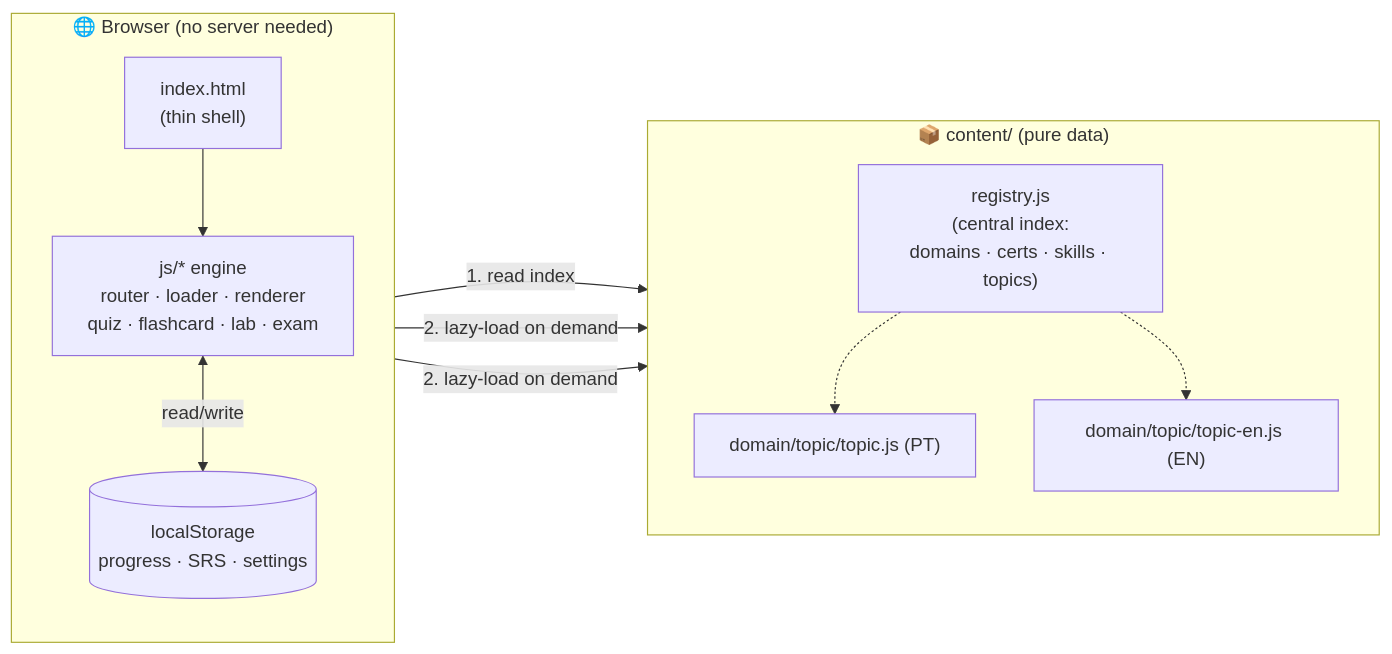
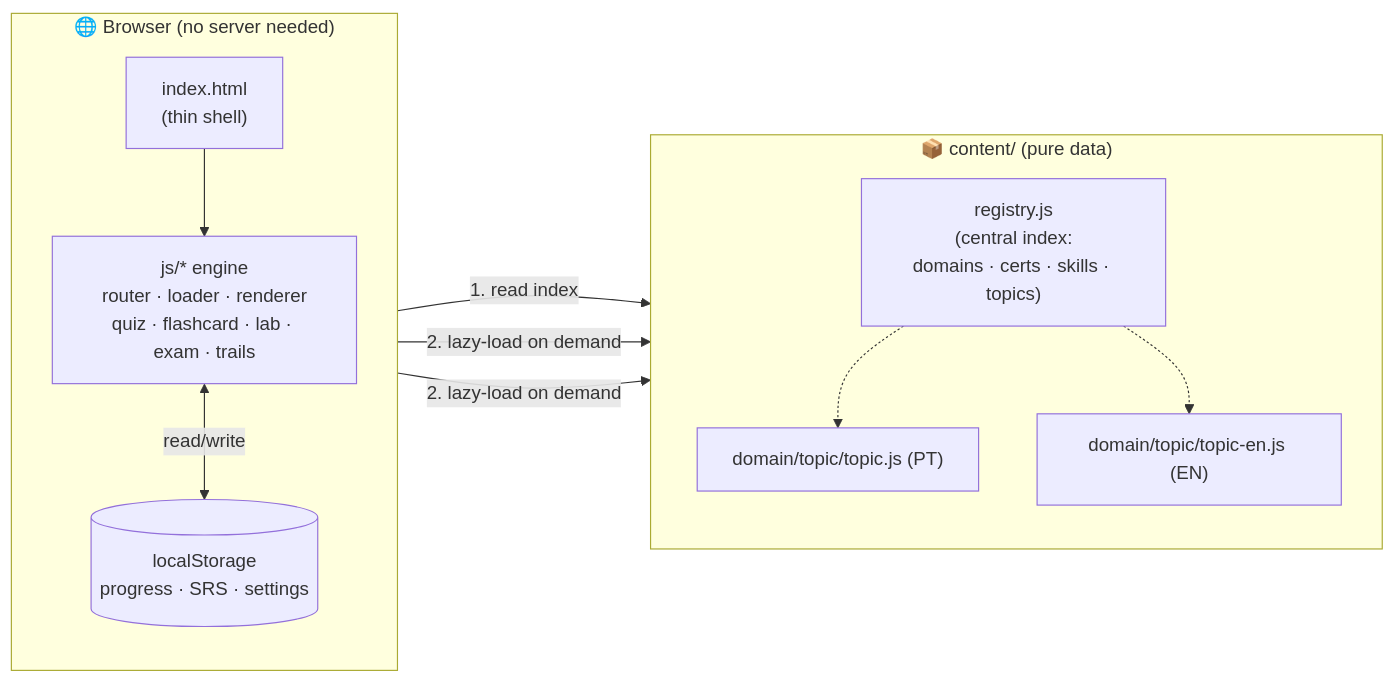
Before and after one commit to kimidomaru/Platformer: the diagram in README.md, drawn with Mermaid. The commit also changed other lines of this file, not shown here.

````diff
--- a/README.md
+++ b/README.md
@@ -130,22 +155,22 @@
 ```mermaid
 flowchart LR
    subgraph Browser["🌐 Browser (no server needed)"]
       direction TB
       IDX["index.html<br/>(thin shell)"]
-      ENGINE["js/* engine<br/>router · loader · renderer<br/>quiz · flashcard · lab · exam"]
+      ENGINE["js/* engine<br/>router · loader · renderer<br/>quiz · flashcard · lab · exam · trails"]
       LS[("localStorage<br/>progress · SRS · settings")]
    end
 
    subgraph Content["📦 content/ (pure data)"]
       direction TB
       REG["registry.js<br/>(central index:<br/>domains · certs · skills · topics)"]
       T1["domain/topic/topic.js (PT)"]
       T2["domain/topic/topic-en.js (EN)"]
    end
 
    IDX --> ENGINE
    ENGINE -->|1. read index| REG
    ENGINE -->|2. lazy-load on demand| T1 & T2
    ENGINE <-->|read/write| LS
    REG -.-> T1 & T2
 ```
````
